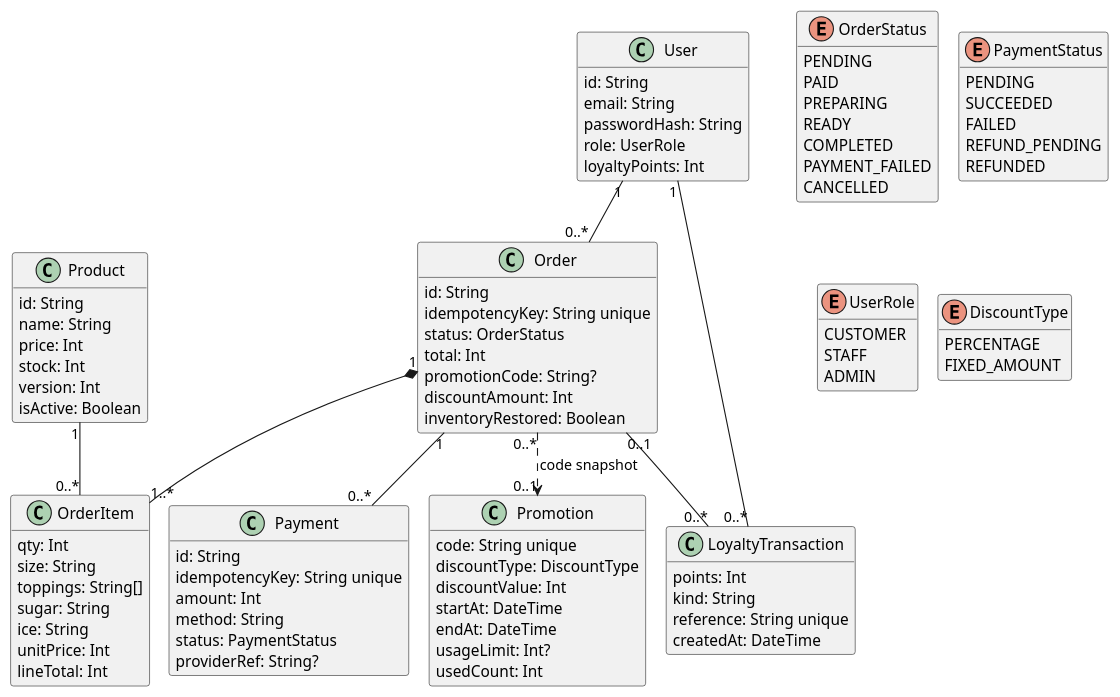
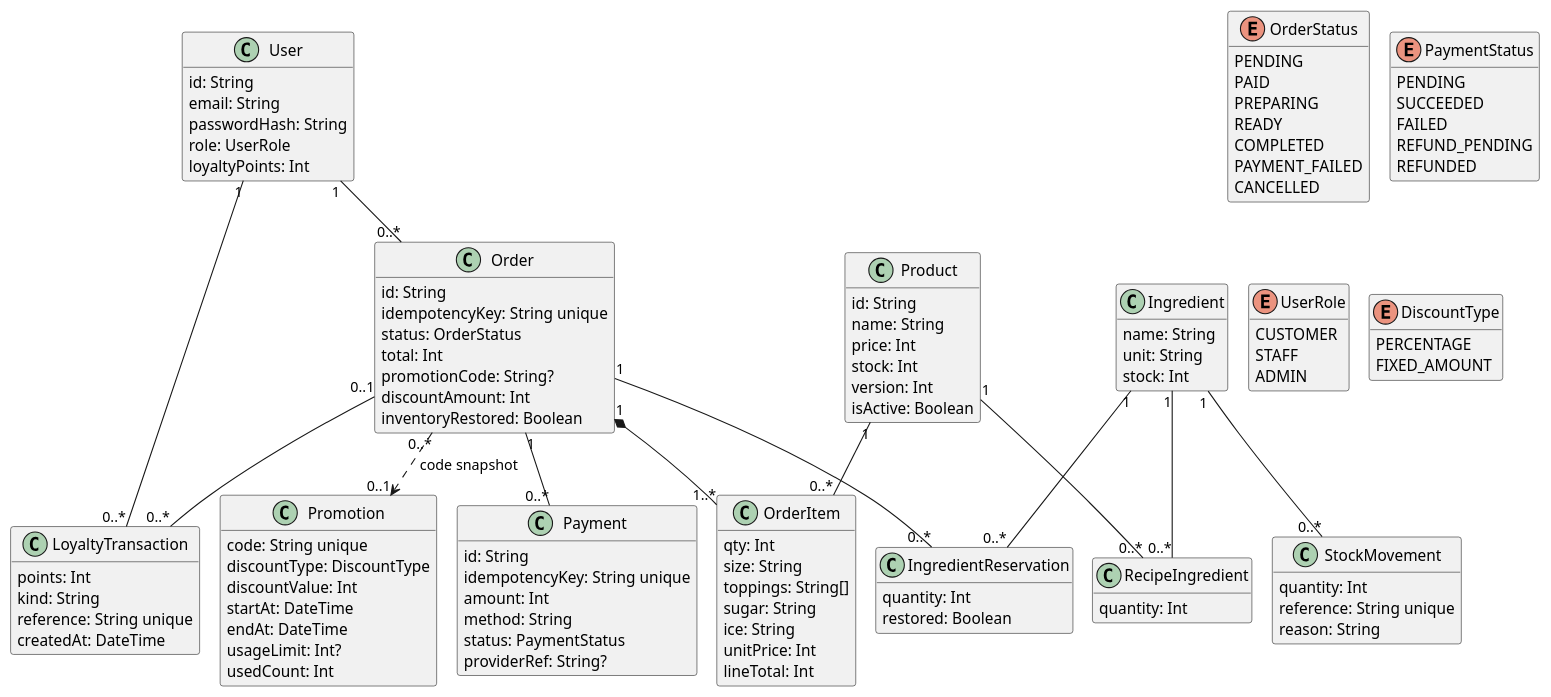
Before and after one commit to https-monstiez/BrewLite-AS2: the diagram in docs/diagrams/class-domain.puml, drawn with PlantUML. The commit also changed 98 other files, not shown here.

```diff
--- a/docs/diagrams/class-domain.puml
+++ b/docs/diagrams/class-domain.puml
@@ -1,94 +1,116 @@
 @startuml
 !pragma layout smetana
 skinparam shadowing false
 skinparam defaultFontName SansSerif
 hide methods
 class User {
  id: String
  email: String
  passwordHash: String
  role: UserRole
  loyaltyPoints: Int
 }
 class Product {
  id: String
  name: String
  price: Int
  stock: Int
  version: Int
  isActive: Boolean
 }
 class Order {
  id: String
  idempotencyKey: String unique
  status: OrderStatus
  total: Int
  promotionCode: String?
  discountAmount: Int
  inventoryRestored: Boolean
 }
 class OrderItem {
  qty: Int
  size: String
  toppings: String[]
  sugar: String
  ice: String
  unitPrice: Int
  lineTotal: Int
 }
 class Payment {
  id: String
  idempotencyKey: String unique
  amount: Int
  method: String
  status: PaymentStatus
  providerRef: String?
 }
 class Promotion {
  code: String unique
  discountType: DiscountType
  discountValue: Int
  startAt: DateTime
  endAt: DateTime
  usageLimit: Int?
  usedCount: Int
 }
 class LoyaltyTransaction {
  points: Int
  kind: String
  reference: String unique
  createdAt: DateTime
 }
 enum OrderStatus {
  PENDING
  PAID
  PREPARING
  READY
  COMPLETED
  PAYMENT_FAILED
  CANCELLED
 }
 enum PaymentStatus {
  PENDING
  SUCCEEDED
  FAILED
  REFUND_PENDING
  REFUNDED
 }
 enum UserRole {
  CUSTOMER
  STAFF
  ADMIN
 }
 enum DiscountType {
  PERCENTAGE
  FIXED_AMOUNT
 }
 User "1" -- "0..*" Order
 Order "1" *-- "1..*" OrderItem
 Product "1" -- "0..*" OrderItem
 Order "1" -- "0..*" Payment
 Order "0..*" ..> "0..1" Promotion : code snapshot
 User "1" -- "0..*" LoyaltyTransaction
 Order "0..1" -- "0..*" LoyaltyTransaction
+class Ingredient {
+ name: String
+ unit: String
+ stock: Int
+}
+class RecipeIngredient {
+ quantity: Int
+}
+class IngredientReservation {
+ quantity: Int
+ restored: Boolean
+}
+class StockMovement {
+ quantity: Int
+ reference: String unique
+ reason: String
+}
+Product "1" -- "0..*" RecipeIngredient
+Ingredient "1" -- "0..*" RecipeIngredient
+Order "1" -- "0..*" IngredientReservation
+Ingredient "1" -- "0..*" IngredientReservation
+Ingredient "1" -- "0..*" StockMovement
 @enduml
```
